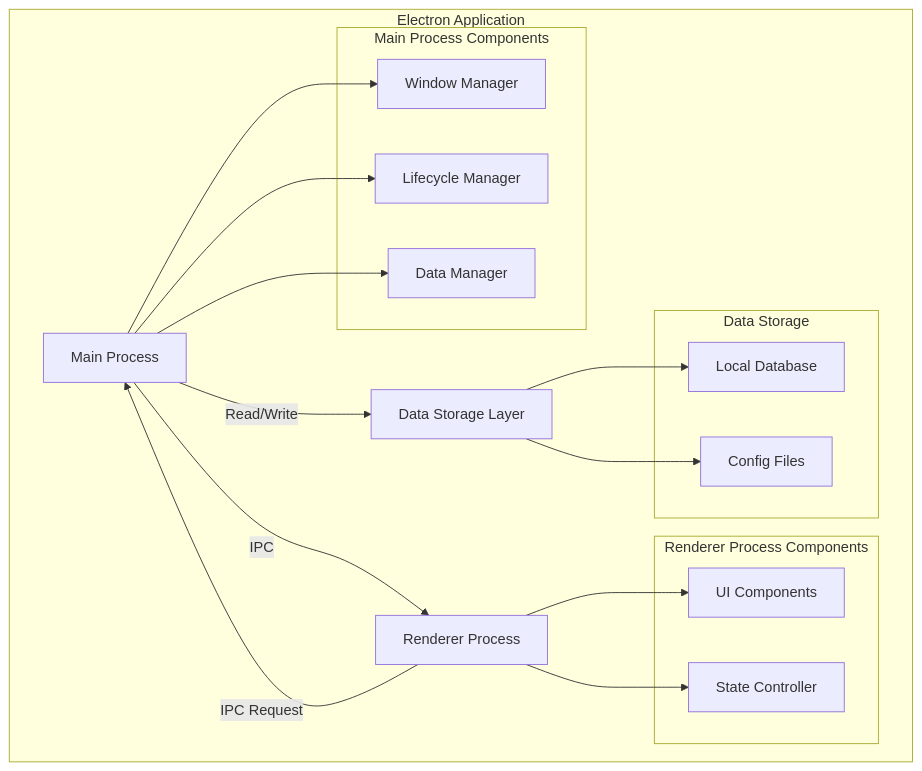
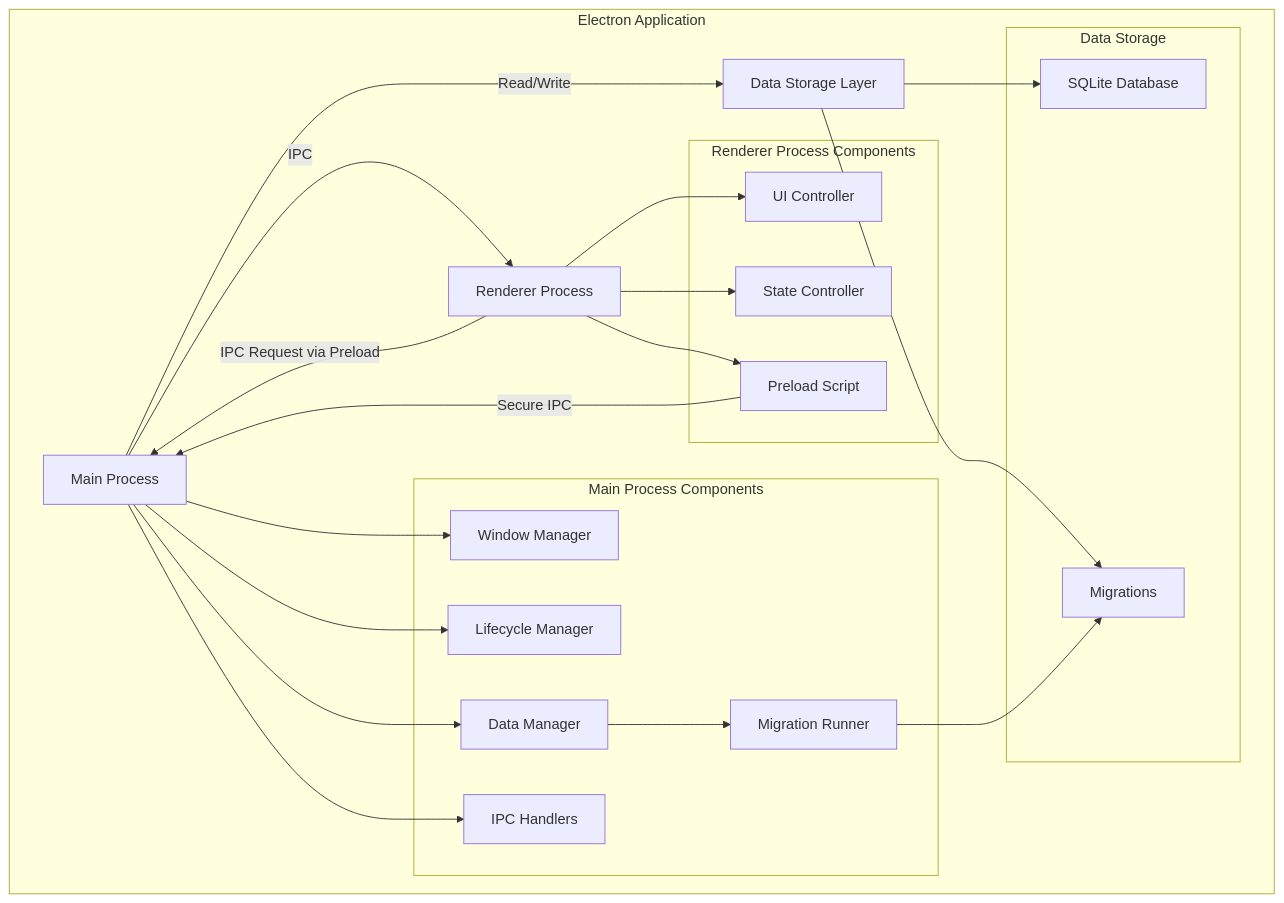
The diagram in .kiro/specs/clerkly/design.md (amogil/clerkly), drawn with Mermaid before and after one commit. The commit also changed other lines of this file and 1 other file, not shown here.

First line of the commit message:
docs(specs): Update Clerkly design and requirements documentation with TypeScript and architecture details

````diff
--- a/.kiro/specs/clerkly/design.md
+++ b/.kiro/specs/clerkly/design.md
@@ -11,36 +13,44 @@
 ```mermaid
 graph TB
     subgraph "Electron Application"
         MP[Main Process]
         RP[Renderer Process]
         DS[Data Storage Layer]
         
         MP -->|IPC| RP
         MP -->|Read/Write| DS
-        RP -->|IPC Request| MP
+        RP -->|IPC Request via Preload| MP
         
         subgraph "Main Process Components"
             WM[Window Manager]
             LC[Lifecycle Manager]
             DM[Data Manager]
+            IPC[IPC Handlers]
+            MR[Migration Runner]
         end
         
         subgraph "Renderer Process Components"
-            UI[UI Components]
+            UI[UI Controller]
             SC[State Controller]
+            PL[Preload Script]
         end
         
         subgraph "Data Storage"
-            LD[Local Database]
-            CF[Config Files]
+            LD[SQLite Database]
+            MG[Migrations]
         end
         
         MP --> WM
         MP --> LC
         MP --> DM
+        MP --> IPC
+        DM --> MR
         RP --> UI
         RP --> SC
+        RP --> PL
+        PL -->|Secure IPC| MP
         DS --> LD
-        DS --> CF
+        DS --> MG
+        MR --> MG
     end
 ```
````
